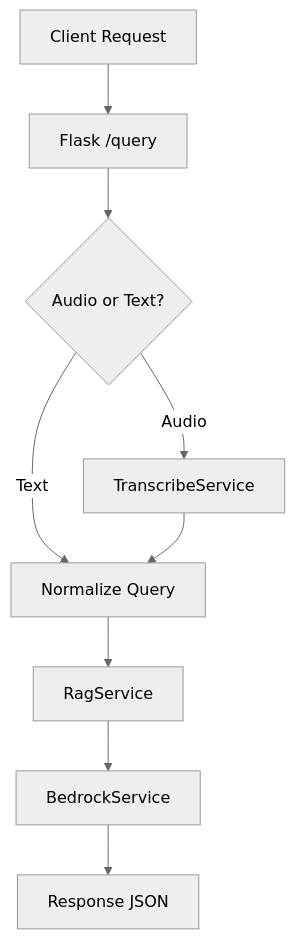
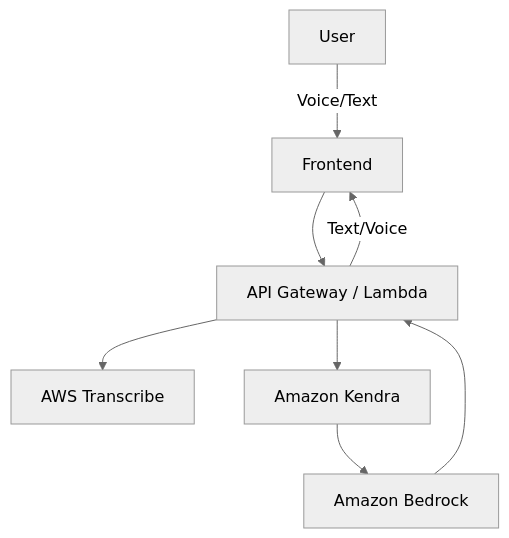
The first of 2 diagrams in README.md (shalcoder/JanSathi), drawn with Mermaid (neutral theme) before and after one commit. The commit also changed other lines of this file, not shown here.

````diff
--- a/README.md
+++ b/README.md
@@ -159,11 +233,10 @@
 ```mermaid
 flowchart TD
-    A[Client Request] --> B[Flask /query]
-    B --> C{Audio or Text?}
-    C -->|Audio| D[TranscribeService]
-    C -->|Text| E[Normalize Query]
-    D --> E
-    E --> F[RagService]
-    F --> G[BedrockService]
-    G --> H[Response JSON]
+    User -->|Voice/Text| Frontend
+    Frontend --> API[API Gateway / Lambda]
+    API --> STT[AWS Transcribe]
+    API --> RAG[Amazon Kendra]
+    RAG --> LLM[Amazon Bedrock]
+    LLM --> API
+    API -->|Text/Voice| Frontend
 ```
````
